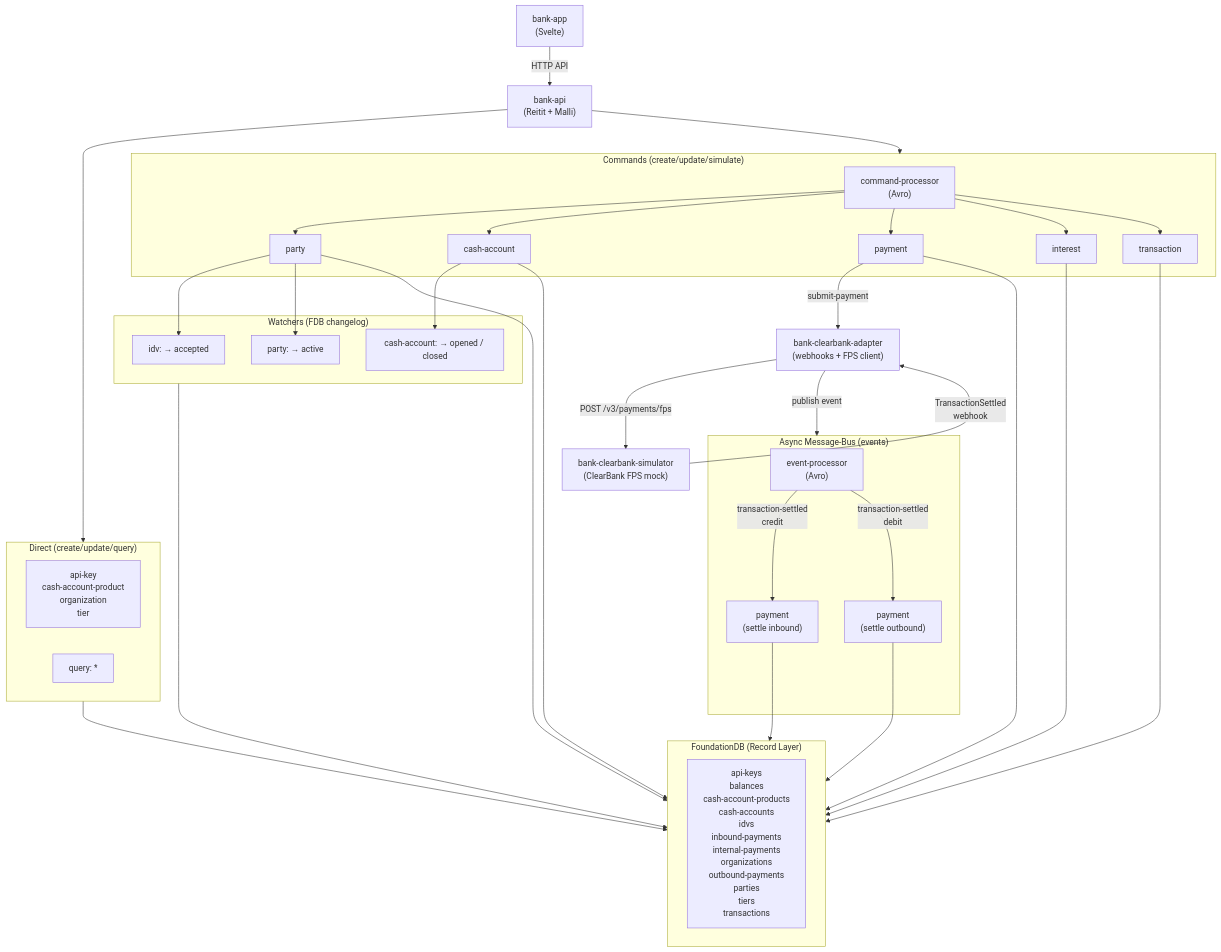
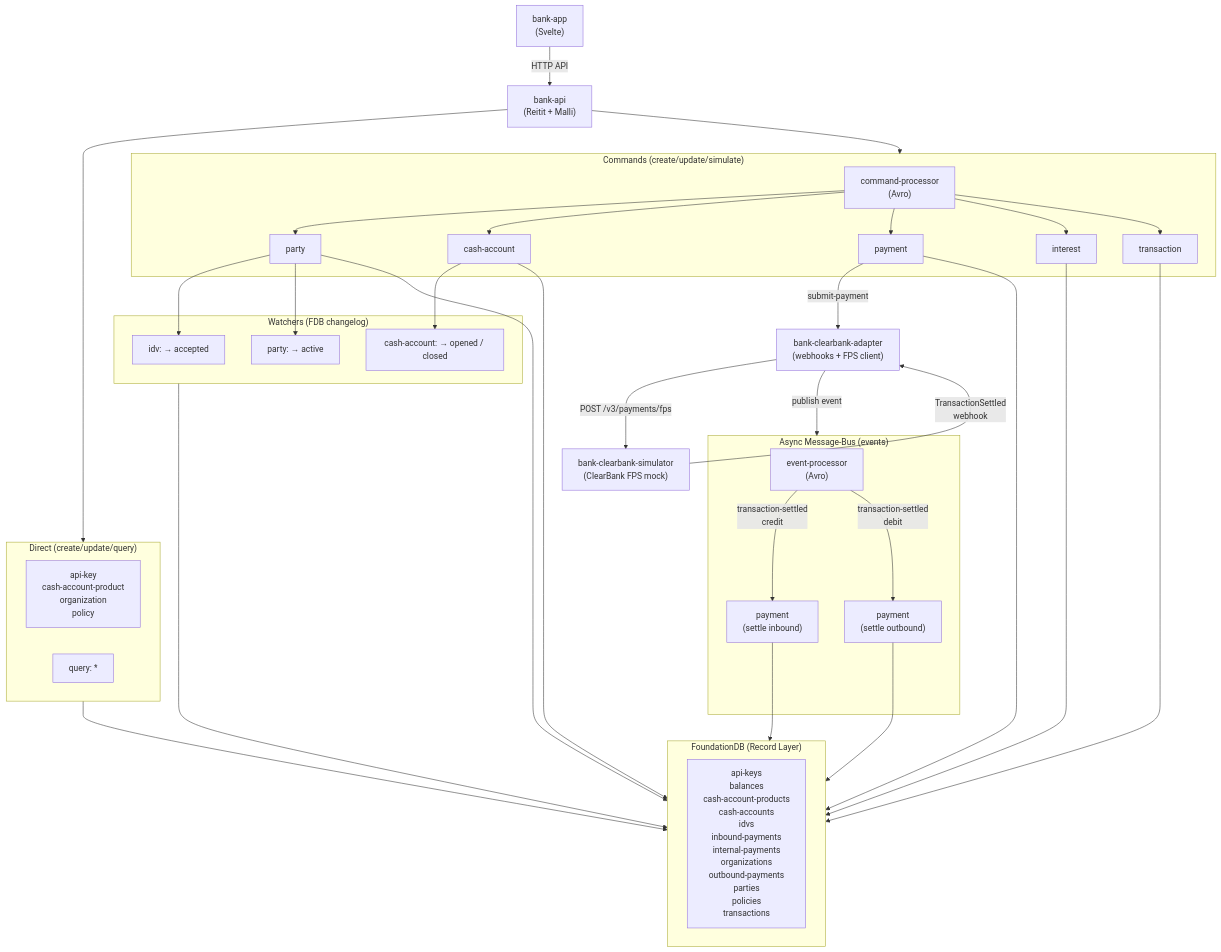
The diagram in readme.md (kjothen/queenswood), drawn with Mermaid before and after one commit. The commit also changed other lines of this file and 111 other files, not shown here.

````diff
--- a/readme.md
+++ b/readme.md
@@ -25,60 +65,60 @@
 ```mermaid
 graph TD
     APP["bank-app<br/>(Svelte)"]
     API["bank-api<br/>(Reitit + Malli)"]
     SIM["bank-clearbank-simulator<br/>(ClearBank FPS mock)"]
     ADAPTER["bank-clearbank-adapter<br/>(webhooks + FPS client)"]
     APP -->|HTTP API| API
 
     subgraph sync ["Direct (create/update/query)"]
-        SYNC_CU["api-key<br/>cash-account-product<br/>organization<br/>tier"]
+        SYNC_CU["api-key<br/>cash-account-product<br/>organization<br/>policy"]
         SYNC_Q["query: *"]
     end
 
     subgraph async ["Commands (create/update/simulate)"]
         CP["command-processor<br/>(Avro)"]
         CP --> PARTY[party]
         CP --> CASH[cash-account]
         CP --> PAY[payment]
         CP --> INT[interest]
         CP --> TXN[transaction]
     end
 
     subgraph events ["Async Message-Bus (events)"]
         EP["event-processor<br/>(Avro)"]
         EP -->|transaction-settled<br/>credit| PAY_IN["payment<br/>(settle inbound)"]
         EP -->|transaction-settled<br/>debit| PAY_OUT["payment<br/>(settle outbound)"]
     end
 
     API --> sync
     API --> async
 
     PAY -->|submit-payment| ADAPTER
     ADAPTER -->|POST /v3/payments/fps| SIM
     SIM -->|TransactionSettled<br/>webhook| ADAPTER
     ADAPTER -->|publish event| events
 
     subgraph watchers ["Watchers (FDB changelog)"]
         W1["idv: → accepted"]
         W2["party: → active"]
         W3["cash-account: → opened / closed"]
     end
 
     PARTY --> W1
     PARTY --> W2
     CASH --> W3
 
     subgraph fdb ["FoundationDB (Record Layer)"]
-        STORES["api-keys<br/>balances<br/>cash-account-products<br/>cash-accounts<br/>idvs<br/>inbound-payments<br/>internal-payments<br/>organizations<br/>outbound-payments<br/>parties<br/>tiers<br/>transactions"]
+        STORES["api-keys<br/>balances<br/>cash-account-products<br/>cash-accounts<br/>idvs<br/>inbound-payments<br/>internal-payments<br/>organizations<br/>outbound-payments<br/>parties<br/>policies<br/>transactions"]
     end
 
     sync --> fdb
     watchers --> fdb
     PARTY --> fdb
     CASH --> fdb
     PAY --> fdb
     PAY_IN --> fdb
     PAY_OUT --> fdb
     INT --> fdb
     TXN --> fdb
 ```
````
